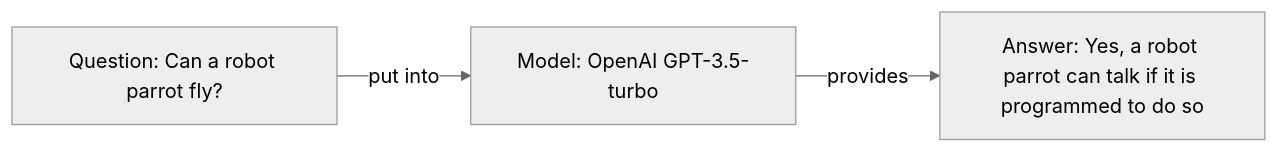
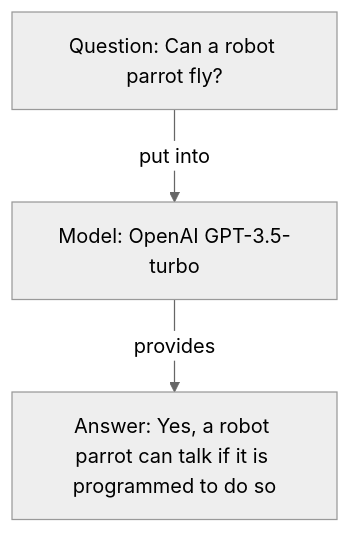
Before and after one commit to failfa-st/learn-langchainjs: the diagram in README.md, drawn with Mermaid (neutral theme). The commit also changed other lines of this file, not shown here.

````diff
--- a/README.md
+++ b/README.md
@@ -97,4 +99,4 @@
 ```mermaid
-flowchart LR
+flowchart TD
    question[Question: Can a robot parrot fly?] -->|put into| llm[Model: OpenAI GPT-3.5-turbo] --> |provides| response[Answer: Yes, a robot parrot can talk if it is programmed to do so]
 ```
````
